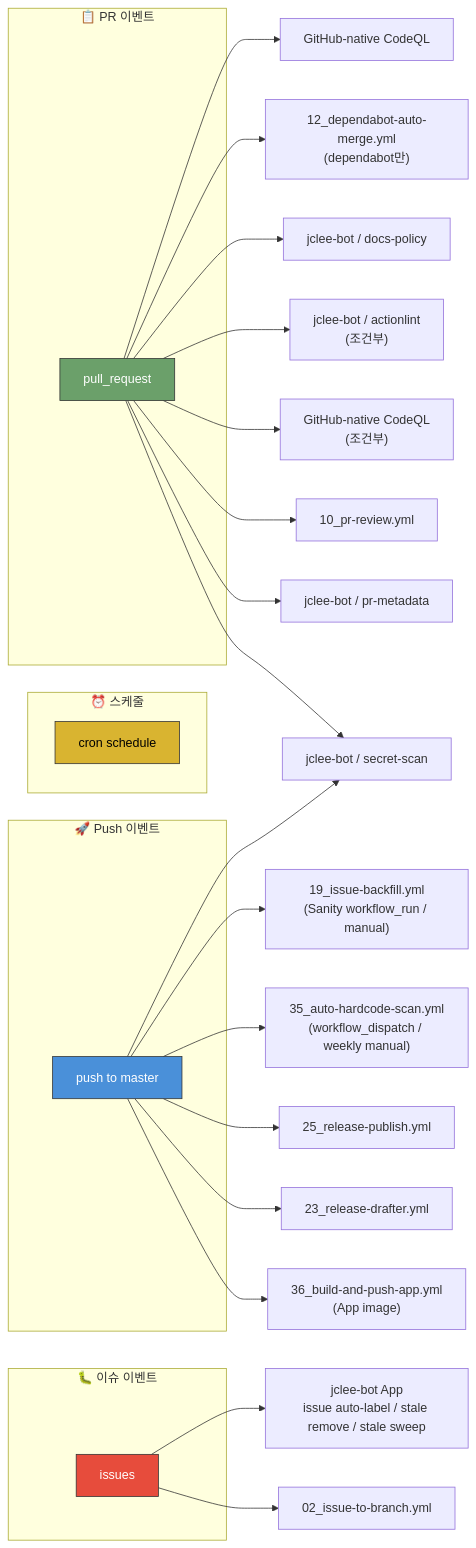
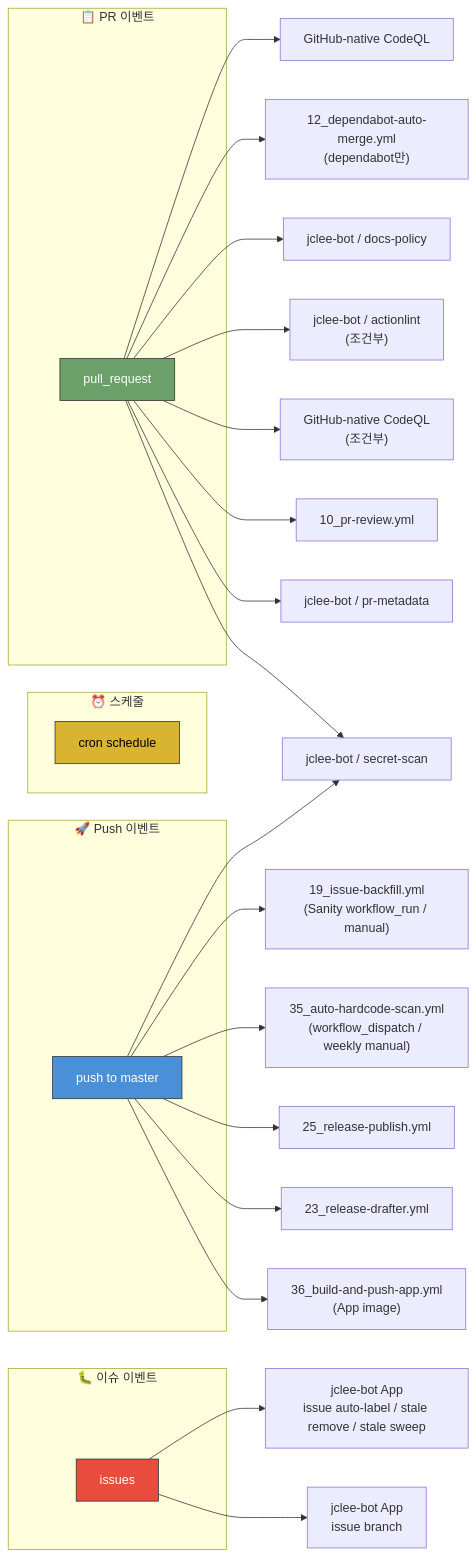
The seventh of 10 diagrams in docs/architecture.md (jclee941/.github), drawn with Mermaid before and after one commit. The commit also changed other lines of this file and 1 other file, not shown here.

Commit message:
docs(app): remove stale issue branch workflow references

````diff
--- a/docs/architecture.md
+++ b/docs/architecture.md
@@ -287,43 +287,43 @@
 ```mermaid
 flowchart LR
     subgraph PR_Events["📋 PR 이벤트"]
         PR["pull_request"]
     end
     
     subgraph Push_Events["🚀 Push 이벤트"]
         PUSH["push to master"]
     end
     
     subgraph Schedule_Events["⏰ 스케줄"]
         CRON["cron schedule"]
     end
     
     subgraph Issue_Events["🐛 이슈 이벤트"]
         ISSUE["issues"]
     end
     
     PR --> PR_CHECK["jclee-bot / pr-metadata"]
     PR --> PR_REVIEW["10_pr-review.yml"]
     PR --> GITLEAKS["jclee-bot / secret-scan"]
     PR --> CODEQL["GitHub-native CodeQL<br/>(조건부)"]
     PR --> ACTIONLINT["jclee-bot / actionlint<br/>(조건부)"]
     PR --> DOCS["jclee-bot / docs-policy"]
     PR --> DEPENDABOT["12_dependabot-auto-merge.yml<br/>(dependabot만)"]
     
     PUSH --> APP_BUILD["36_build-and-push-app.yml<br/>(App image)"]
     PUSH --> RELEASE_D["23_release-drafter.yml"]
     PUSH --> RELEASE_P["25_release-publish.yml"]
     PUSH --> GITLEAKS
     
     PUSH --> HARDSCAN["35_auto-hardcode-scan.yml<br/>(workflow_dispatch / weekly manual)"]
     PUSH --> ISSUE_BACK["19_issue-backfill.yml<br/>(Sanity workflow_run / manual)"]
     PR --> CODEQL_S["GitHub-native CodeQL"]
     
-    ISSUE --> ISSUE_BRANCH["02_issue-to-branch.yml"]
+    ISSUE --> ISSUE_BRANCH["jclee-bot App<br/>issue branch"]
     ISSUE --> ISSUE_MGMT["jclee-bot App<br/>issue auto-label / stale remove / stale sweep"]
     
     style PR fill:#6ba06a,stroke:#333,color:#fff
     style PUSH fill:#4a90d9,stroke:#333,color:#fff
     style CRON fill:#d9b430,stroke:#333,color:#000
     style ISSUE fill:#e74c3c,stroke:#333,color:#fff
 ```
````
